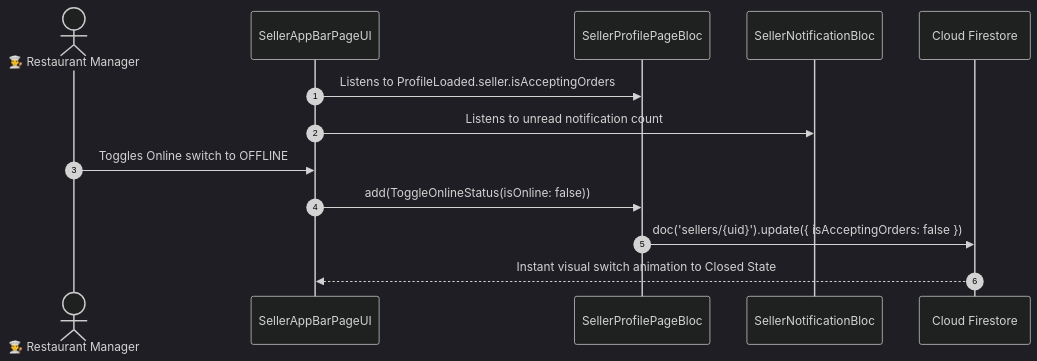
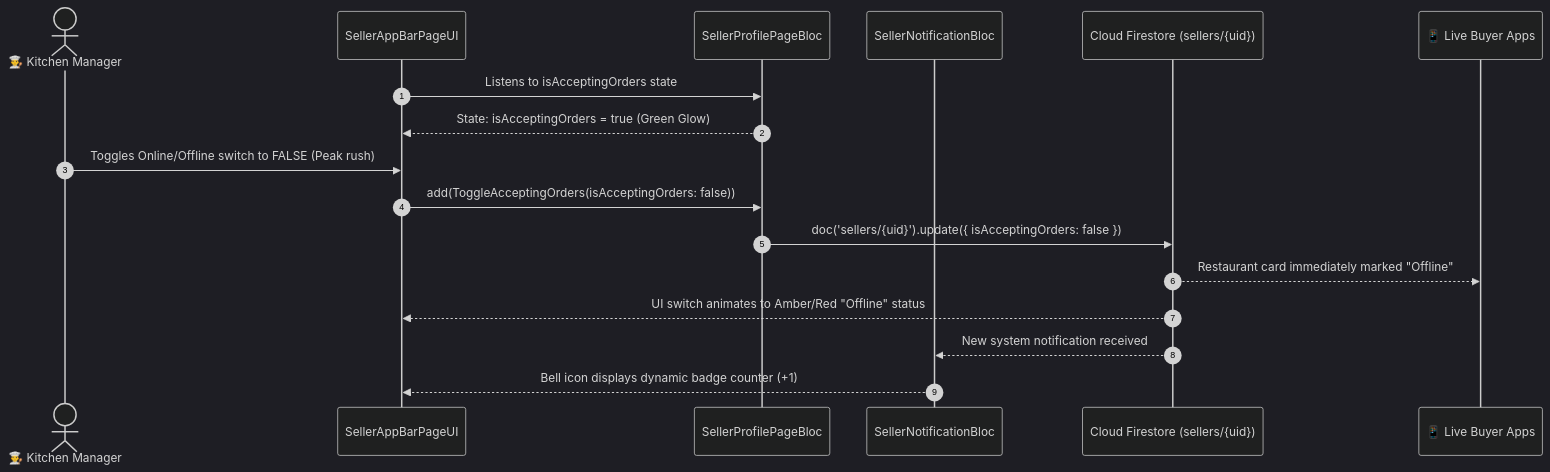
One commit to SRIKUMAR10/food_delivery_app changed the diagram in .md_files/04_Seller_Human_Journey_And_Testing/03_Navigation_And_Dashboard/11_SELLER_APP_BAR_PAGE.md. Above: the diagram before and after it, drawn with Mermaid (dark theme). The commit also changed other lines of this file and 204 other files, not shown here.

````diff
--- a/.md_files/04_Seller_Human_Journey_And_Testing/03_Navigation_And_Dashboard/11_SELLER_APP_BAR_PAGE.md
+++ b/.md_files/04_Seller_Human_Journey_And_Testing/03_Navigation_And_Dashboard/11_SELLER_APP_BAR_PAGE.md
@@ -16,16 +16,20 @@
 ```mermaid
 sequenceDiagram
     autonumber
-    actor Seller as 👨‍🍳 Restaurant Manager
+    actor Seller as 👨‍🍳 Kitchen Manager
     participant AppBar as SellerAppBarPageUI
     participant ProfileBloc as SellerProfilePageBloc
     participant NotifBloc as SellerNotificationBloc
-    participant FS as Cloud Firestore
+    participant FS as Cloud Firestore (sellers/{uid})
+    participant BuyerApp as 📱 Live Buyer Apps
 
-    AppBar->>ProfileBloc: Listens to ProfileLoaded.seller.isAcceptingOrders
-    AppBar->>NotifBloc: Listens to unread notification count
-    Seller->>AppBar: Toggles Online switch to OFFLINE
-    AppBar->>ProfileBloc: add(ToggleOnlineStatus(isOnline: false))
+    AppBar->>ProfileBloc: Listens to isAcceptingOrders state
+    ProfileBloc-->>AppBar: State: isAcceptingOrders = true (Green Glow)
+    Seller->>AppBar: Toggles Online/Offline switch to FALSE (Peak rush)
+    AppBar->>ProfileBloc: add(ToggleAcceptingOrders(isAcceptingOrders: false))
     ProfileBloc->>FS: doc('sellers/{uid}').update({ isAcceptingOrders: false })
-    FS-->>AppBar: Instant visual switch animation to Closed State
+    FS-->>BuyerApp: Restaurant card immediately marked "Offline"
+    FS-->>AppBar: UI switch animates to Amber/Red "Offline" status
+    FS-->>NotifBloc: New system notification received
+    NotifBloc-->>AppBar: Bell icon displays dynamic badge counter (+1)
 ```
````
